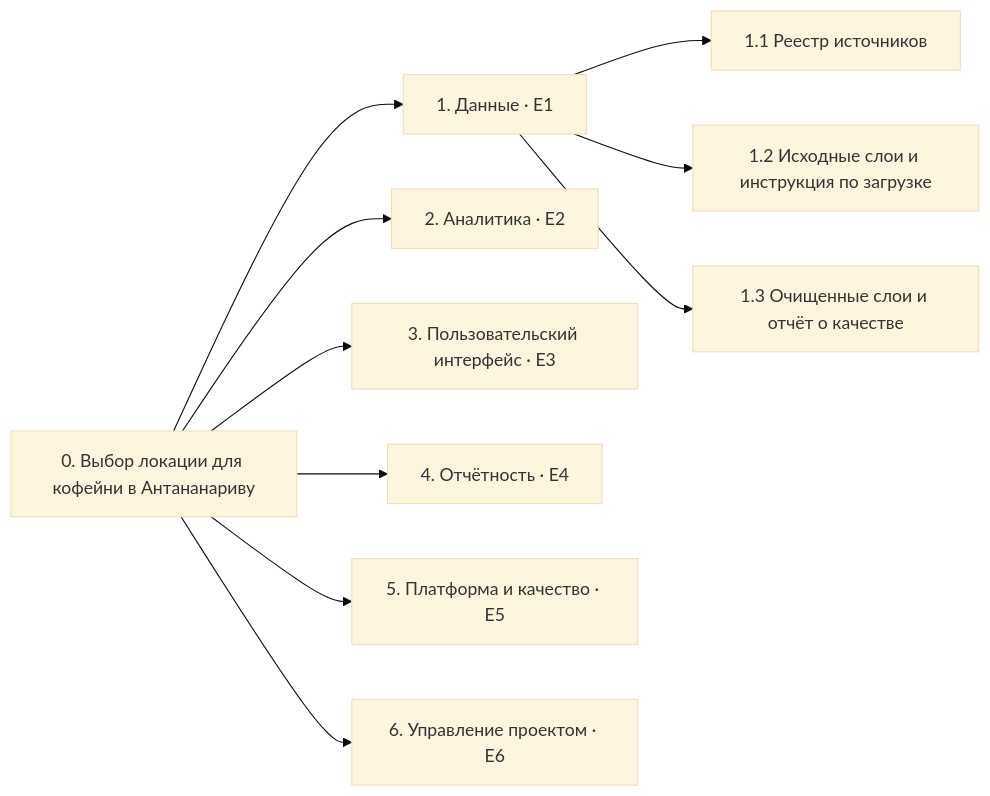
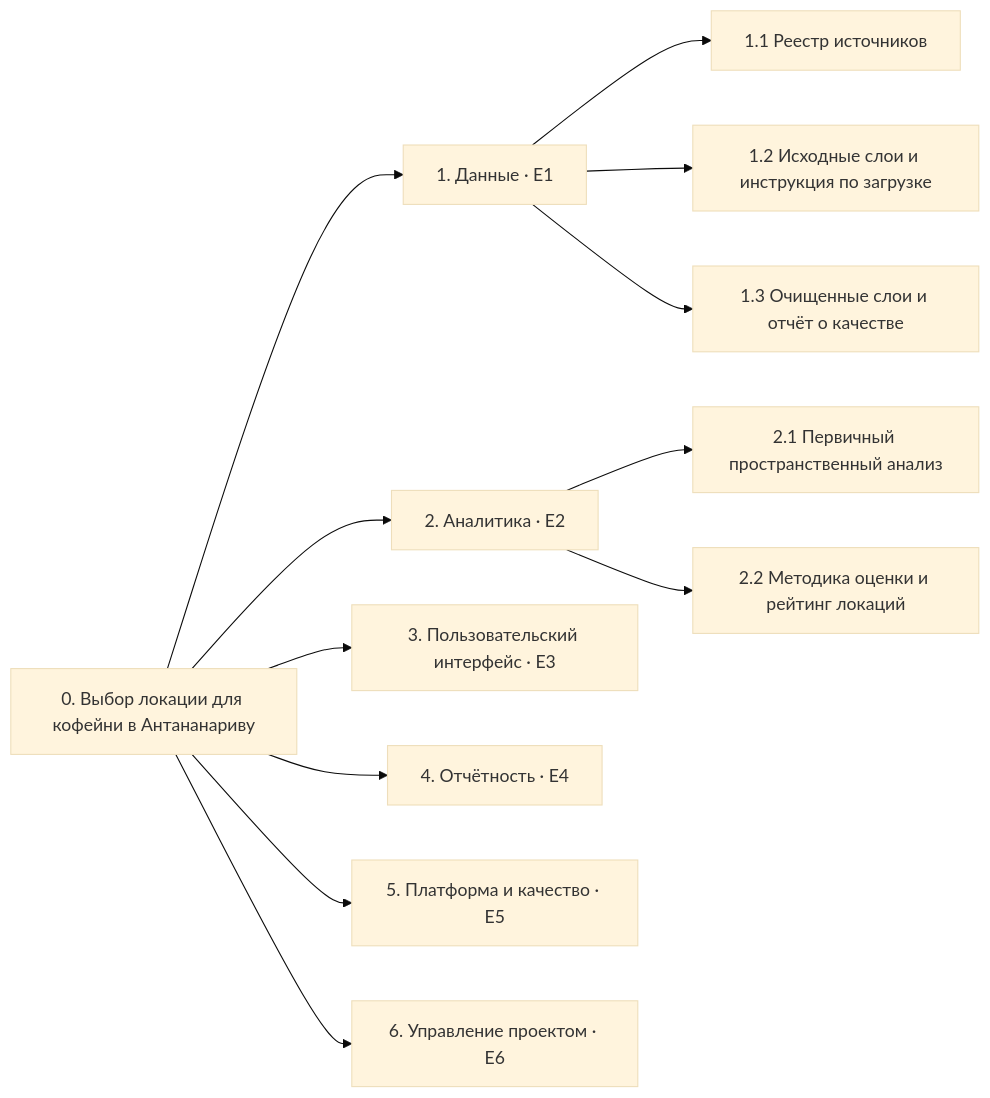
The diagram in docs/wbs.md (DedNadif/pm-lab-01-geomarket), drawn with Mermaid (base theme) before and after one commit. The commit also changed other lines of this file, not shown here.

Commit message:
docs: add E2 analysis packages to WBS (#31)

````diff
--- a/docs/wbs.md
+++ b/docs/wbs.md
@@ -5,14 +5,16 @@
 ```mermaid
 flowchart LR
     P["0. Выбор локации для кофейни в Антананариву"]
     P --> D["1. Данные · E1"]
     P --> A["2. Аналитика · E2"]
     P --> U["3. Пользовательский интерфейс · E3"]
     P --> R["4. Отчётность · E4"]
     P --> Q["5. Платформа и качество · E5"]
     P --> M["6. Управление проектом · E6"]
 
     D --> D1["1.1 Реестр источников"]
     D --> D2["1.2 Исходные слои и инструкция по загрузке"]
     D --> D3["1.3 Очищенные слои и отчёт о качестве"]
+    A --> A1["2.1 Первичный пространственный анализ"]
+    A --> A2["2.2 Методика оценки и рейтинг локаций"]
 ```
````
